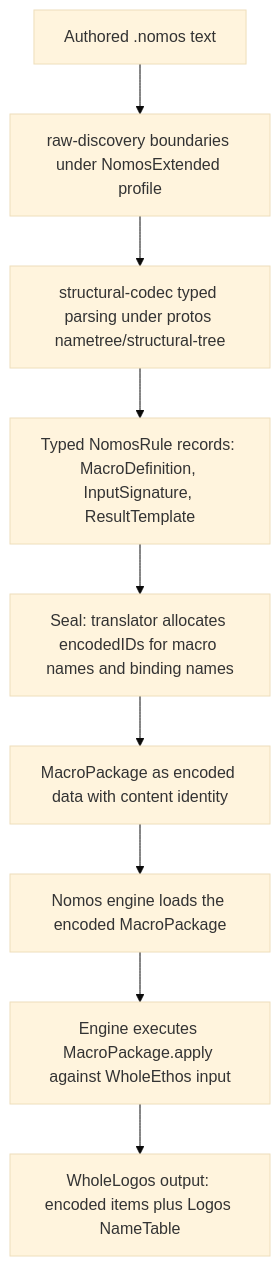
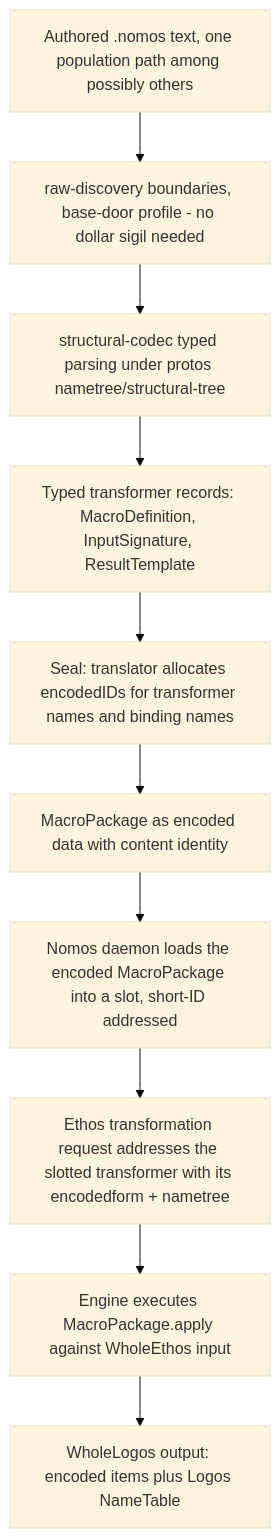
The diagram in reports/NomosAuthoredRulesDesign-2026-07-29.md (LiGoldragon/primary), drawn with Mermaid (base theme) before and after one commit. The commit also changed other lines of this file, not shown here.

Commit message:
reports: correct TextualNomos design against recovered vision

````diff
--- a/reports/NomosAuthoredRulesDesign-2026-07-29.md
+++ b/reports/NomosAuthoredRulesDesign-2026-07-29.md
@@ -402,11 +600,12 @@
 ```mermaid
 flowchart TD
-  A[Authored .nomos text] --> B[raw-discovery boundaries under NomosExtended profile]
+  A[Authored .nomos text, one population path among possibly others] --> B[raw-discovery boundaries, base-door profile - no dollar sigil needed]
   B --> C[structural-codec typed parsing under protos nametree/structural-tree]
-  C --> D[Typed NomosRule records: MacroDefinition, InputSignature, ResultTemplate]
-  D --> E[Seal: translator allocates encodedIDs for macro names and binding names]
+  C --> D[Typed transformer records: MacroDefinition, InputSignature, ResultTemplate]
+  D --> E[Seal: translator allocates encodedIDs for transformer names and binding names]
   E --> F[MacroPackage as encoded data with content identity]
-  F --> G[Nomos engine loads the encoded MacroPackage]
-  G --> H[Engine executes MacroPackage.apply against WholeEthos input]
-  H --> I[WholeLogos output: encoded items plus Logos NameTable]
+  F --> G[Nomos daemon loads the encoded MacroPackage into a slot, short-ID addressed]
+  G --> H[Ethos transformation request addresses the slotted transformer with its encodedform + nametree]
+  H --> I[Engine executes MacroPackage.apply against WholeEthos input]
+  I --> J[WholeLogos output: encoded items plus Logos NameTable]
 ```
````
